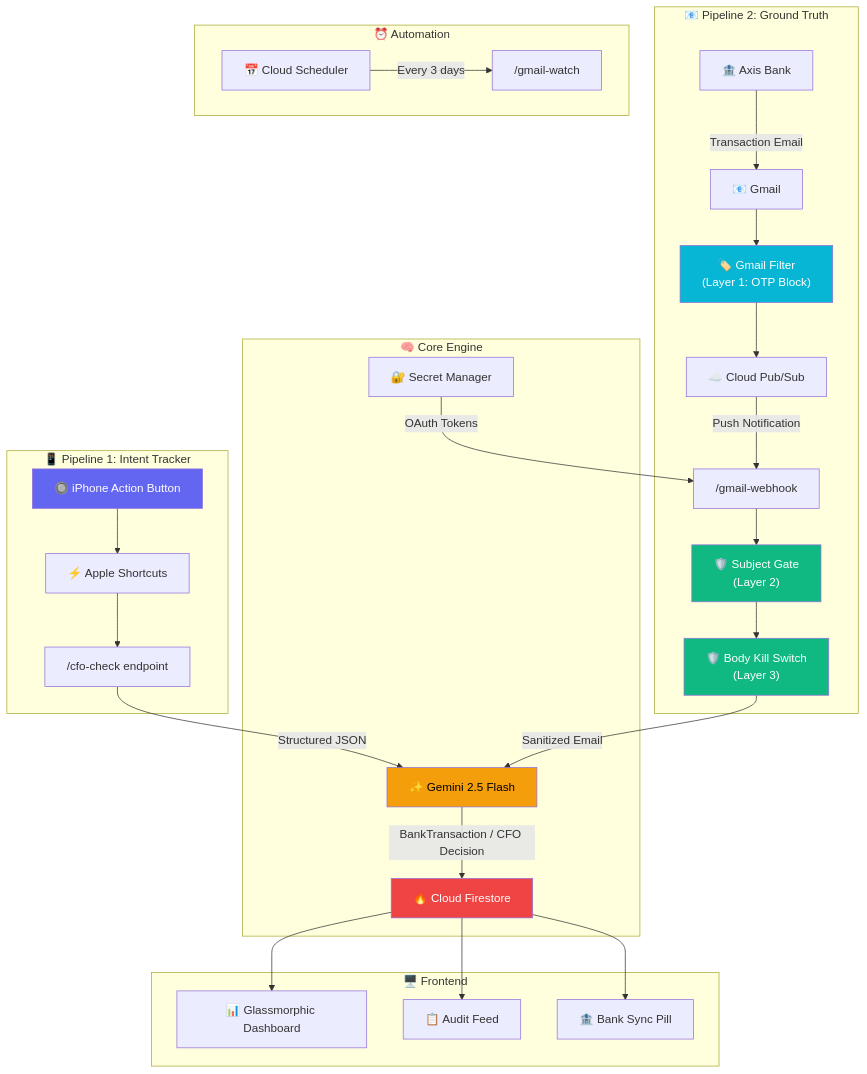
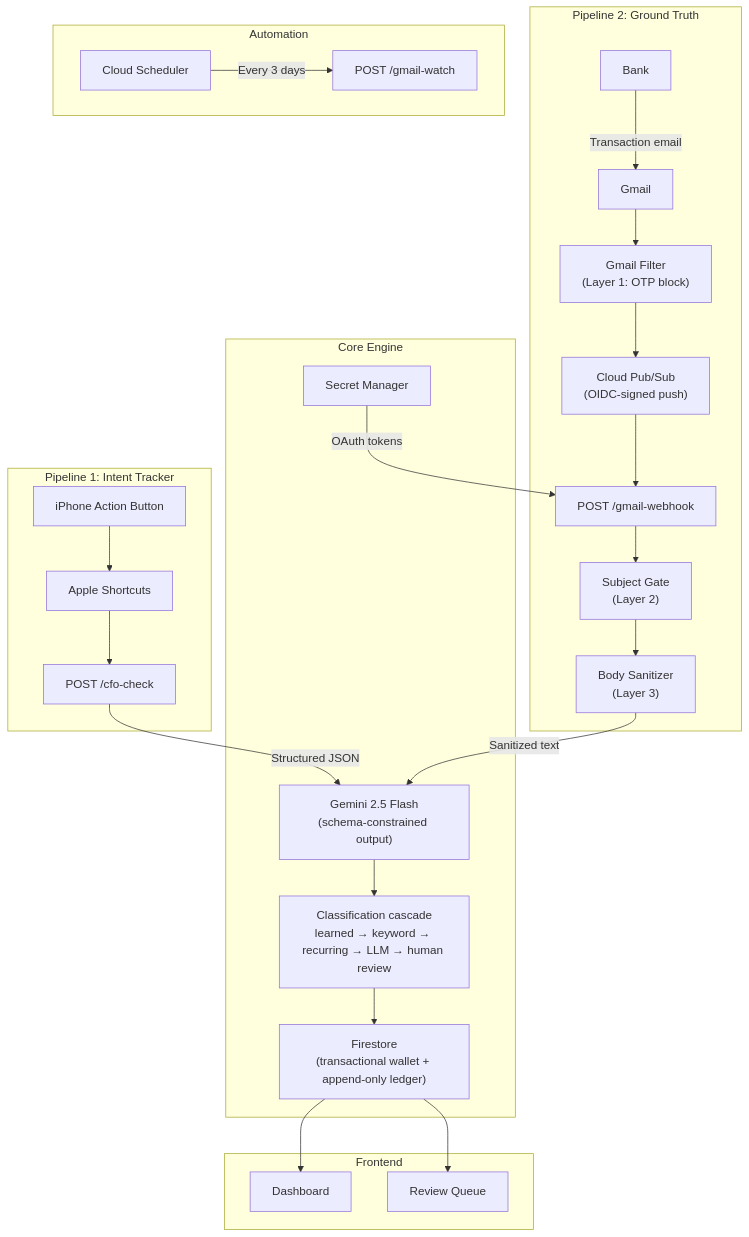
One commit to sam0786-xyz/personal-cfo changed the diagram in README.md. Above: the diagram before and after it, drawn with Mermaid. The commit also changed other lines of this file and 31 other files, not shown here.

First line of the commit message:
refactor: production hardening — module split, tests, CI, transactional state, webhook OIDC

````diff
--- a/README.md
+++ b/README.md
@@ -11,55 +20,47 @@
 ```mermaid
 graph TB
-    subgraph "📱 Pipeline 1: Intent Tracker"
-        AB["🔘 iPhone Action Button"]
-        SC["⚡ Apple Shortcuts"]
-        API["/cfo-check endpoint"]
+    subgraph "Pipeline 1: Intent Tracker"
+        AB["iPhone Action Button"]
+        SC["Apple Shortcuts"]
+        API["POST /cfo-check"]
         AB --> SC --> API
     end
 
-    subgraph "📧 Pipeline 2: Ground Truth"
-        BK["🏦 Axis Bank"]
-        GM["📧 Gmail"]
-        FL["🏷️ Gmail Filter<br/>(Layer 1: OTP Block)"]
-        PS["☁️ Cloud Pub/Sub"]
-        WH["/gmail-webhook"]
-        L2["🛡️ Subject Gate<br/>(Layer 2)"]
-        L3["🛡️ Body Kill Switch<br/>(Layer 3)"]
-        BK -->|"Transaction Email"| GM
-        GM --> FL --> PS -->|"Push Notification"| WH
+    subgraph "Pipeline 2: Ground Truth"
+        BK["Bank"]
+        GM["Gmail"]
+        FL["Gmail Filter<br/>(Layer 1: OTP block)"]
+        PS["Cloud Pub/Sub<br/>(OIDC-signed push)"]
+        WH["POST /gmail-webhook"]
+        L2["Subject Gate<br/>(Layer 2)"]
+        L3["Body Sanitizer<br/>(Layer 3)"]
+        BK -->|"Transaction email"| GM
+        GM --> FL --> PS --> WH
         WH --> L2 --> L3
     end
 
-    subgraph "🧠 Core Engine"
-        GEM["✨ Gemini 2.5 Flash"]
-        FS["🔥 Cloud Firestore"]
-        SM["🔐 Secret Manager"]
+    subgraph "Core Engine"
+        GEM["Gemini 2.5 Flash<br/>(schema-constrained output)"]
+        CLS["Classification cascade<br/>learned → keyword → recurring → LLM → human review"]
+        FS["Firestore<br/>(transactional wallet + append-only ledger)"]
+        SM["Secret Manager"]
     end
 
-    subgraph "🖥️ Frontend"
-        DASH["📊 Glassmorphic Dashboard"]
-        AF["📋 Audit Feed"]
-        BSP["🏦 Bank Sync Pill"]
+    subgraph "Frontend"
+        DASH["Dashboard"]
+        RQ["Review Queue"]
     end
 
     API -->|"Structured JSON"| GEM
-    L3 -->|"Sanitized Email"| GEM
-    GEM -->|"BankTransaction / CFO Decision"| FS
-    SM -->|"OAuth Tokens"| WH
+    L3 -->|"Sanitized text"| GEM
+    GEM --> CLS --> FS
+    SM -->|"OAuth tokens"| WH
     FS --> DASH
-    FS --> AF
-    FS --> BSP
+    FS --> RQ
 
-    subgraph "⏰ Automation"
-        CS["📅 Cloud Scheduler"]
-        WATCH["/gmail-watch"]
+    subgraph "Automation"
+        CS["Cloud Scheduler"]
+        WATCH["POST /gmail-watch"]
         CS -->|"Every 3 days"| WATCH
     end
-
-    style AB fill:#6366f1,color:#fff
-    style GEM fill:#f59e0b,color:#000
-    style FS fill:#ef4444,color:#fff
-    style L2 fill:#10b981,color:#fff
-    style L3 fill:#10b981,color:#fff
-    style FL fill:#06b6d4,color:#fff
 ```
````
